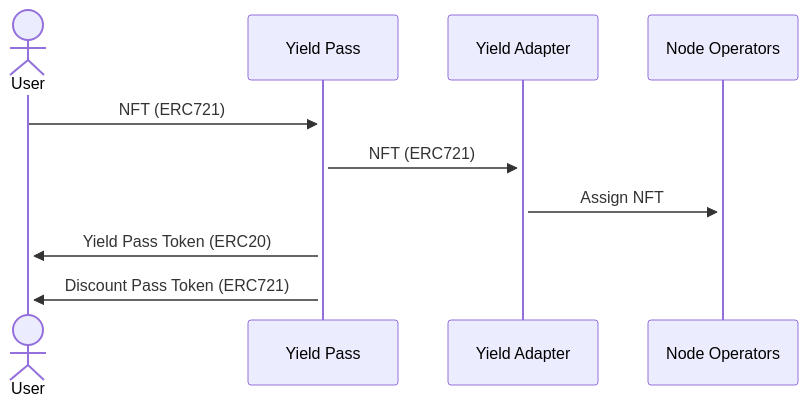
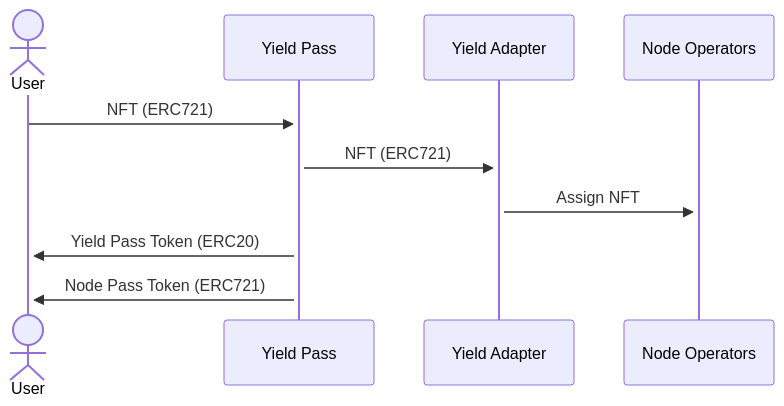
The first of 5 diagrams in docs/DESIGN.md (metastreet-labs/metastreet-yield-pass), drawn with Mermaid before and after one commit. The commit also changed other lines of this file and 18 other files, not shown here.

Commit message:
src: rename discount pass to node pass in codebase

````diff
--- a/docs/DESIGN.md
+++ b/docs/DESIGN.md
@@ -47,9 +47,9 @@
 ```mermaid
 sequenceDiagram
     actor User
     User->>+Yield Pass: NFT (ERC721)
     Yield Pass->>+Yield Adapter: NFT (ERC721)
     Yield Adapter->>+Node Operators: Assign NFT
     Yield Pass->>+User: Yield Pass Token (ERC20)
-    Yield Pass->>+User: Discount Pass Token (ERC721)
+    Yield Pass->>+User: Node Pass Token (ERC721)
 ```
````
